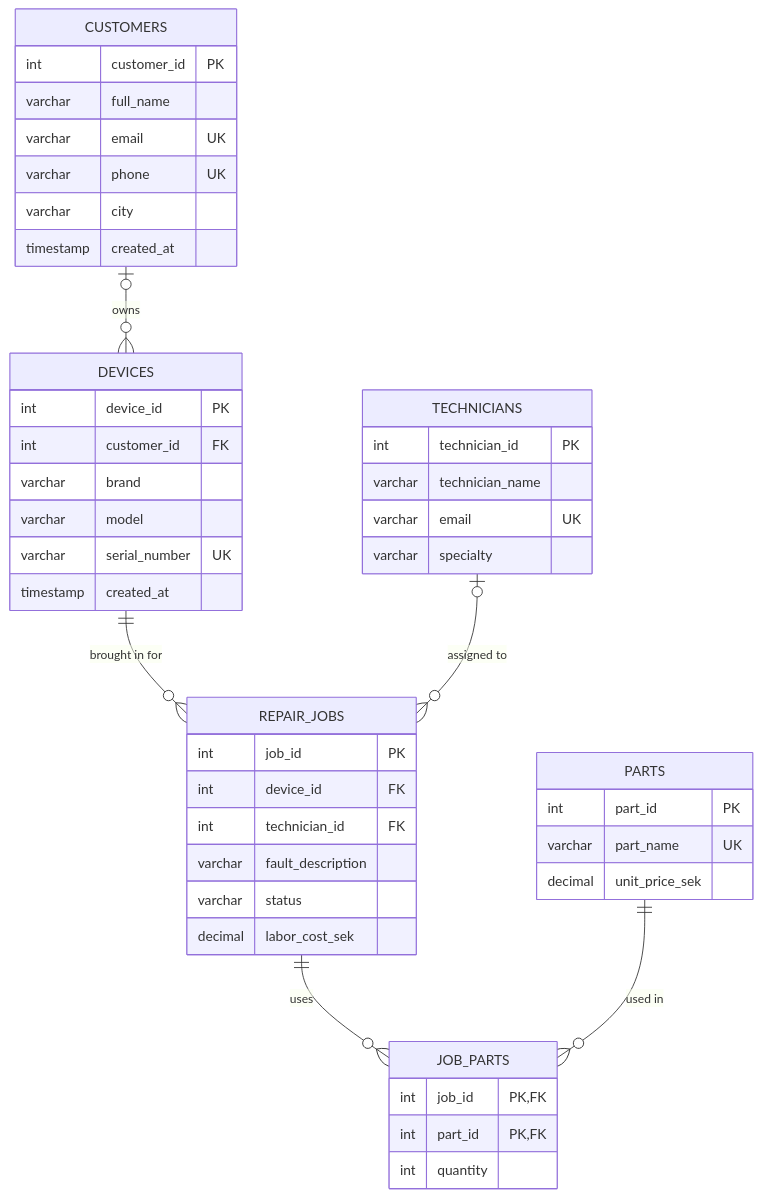
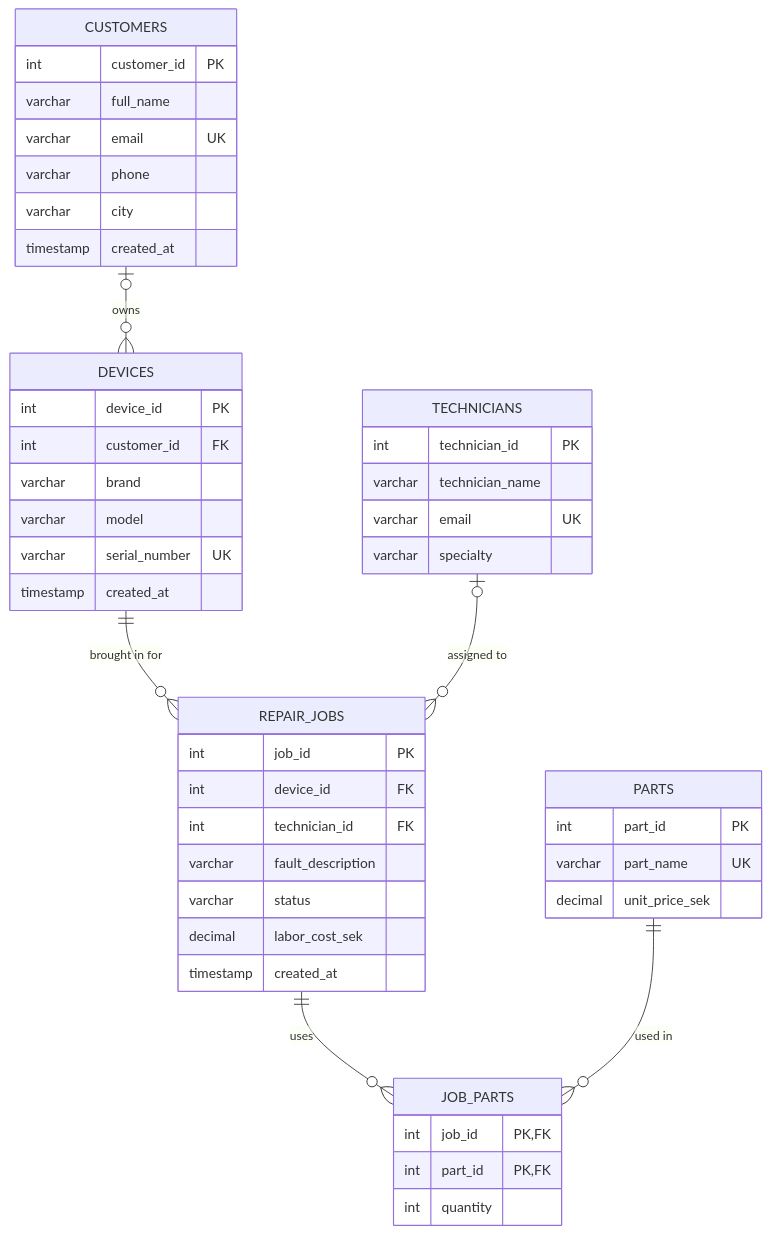
One commit to xpensivenose/fixpoint-lab changed the diagram in docs/er_diagram.md. Above: the diagram before and after it, drawn with Mermaid. The commit also changed 3 other files, not shown here.

````diff
--- a/docs/er_diagram.md
+++ b/docs/er_diagram.md
@@ -1,54 +1,51 @@
 ```mermaid
----
-config:
-  er:
-    fontSize: 27
----
+
 erDiagram
     CUSTOMERS |o--o{ DEVICES : owns
     DEVICES ||--o{ REPAIR_JOBS : "brought in for"
     TECHNICIANS |o--o{ REPAIR_JOBS : "assigned to"
     REPAIR_JOBS ||--o{ JOB_PARTS : uses
     PARTS ||--o{ JOB_PARTS : "used in"
 
     CUSTOMERS {
         int customer_id PK
         varchar full_name
         varchar email UK
-        varchar phone UK
+        varchar phone
         varchar city
         timestamp created_at
     }
     DEVICES {
         int device_id PK
         int customer_id FK
         varchar brand
         varchar model
         varchar serial_number UK
         timestamp created_at
     }
     TECHNICIANS {
         int technician_id PK
         varchar technician_name
         varchar email UK
         varchar specialty
     }
     REPAIR_JOBS {
         int job_id PK
         int device_id FK
         int technician_id FK
         varchar fault_description
         varchar status
         decimal labor_cost_sek
+        timestamp created_at
     }
     PARTS {
         int part_id PK
         varchar part_name UK
         decimal unit_price_sek
     }
     JOB_PARTS {
         int job_id PK, FK
         int part_id PK, FK
         int quantity
     }
 ```
````
